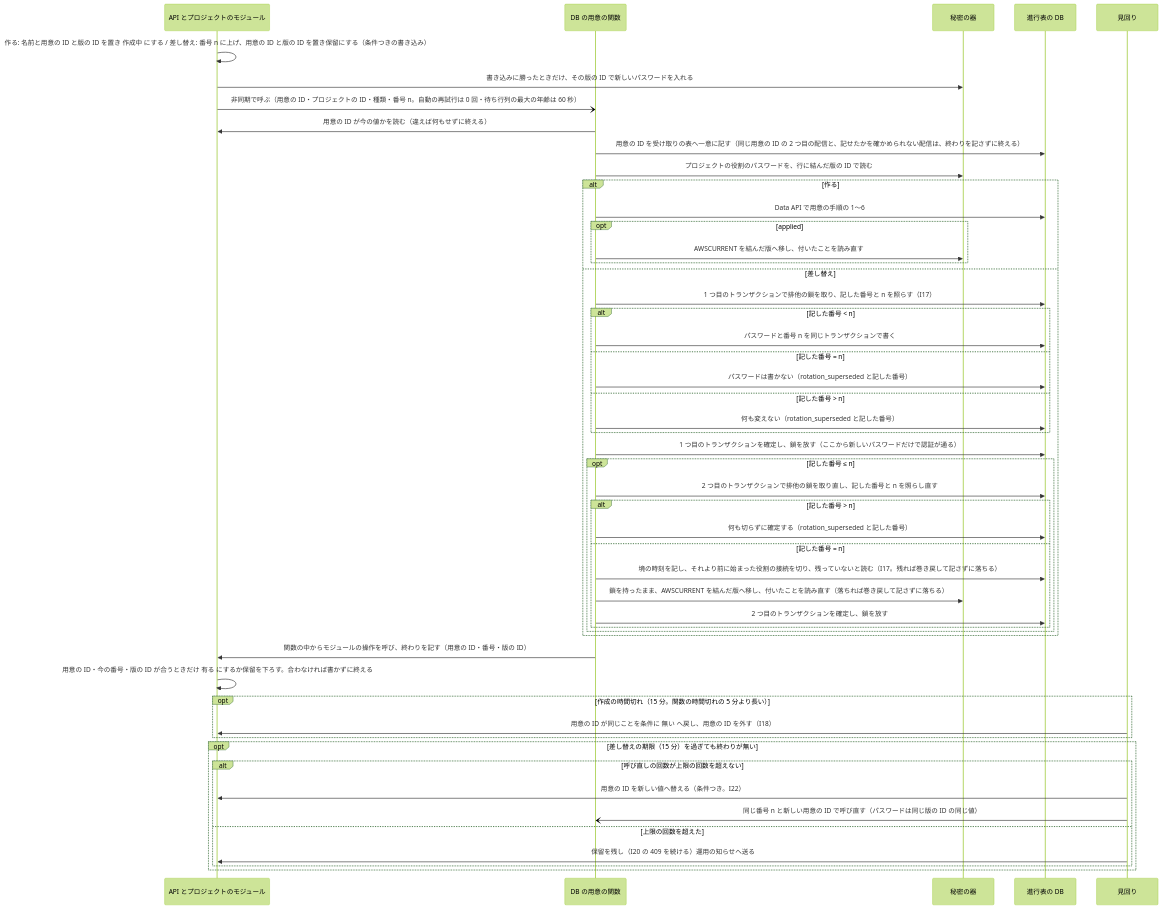
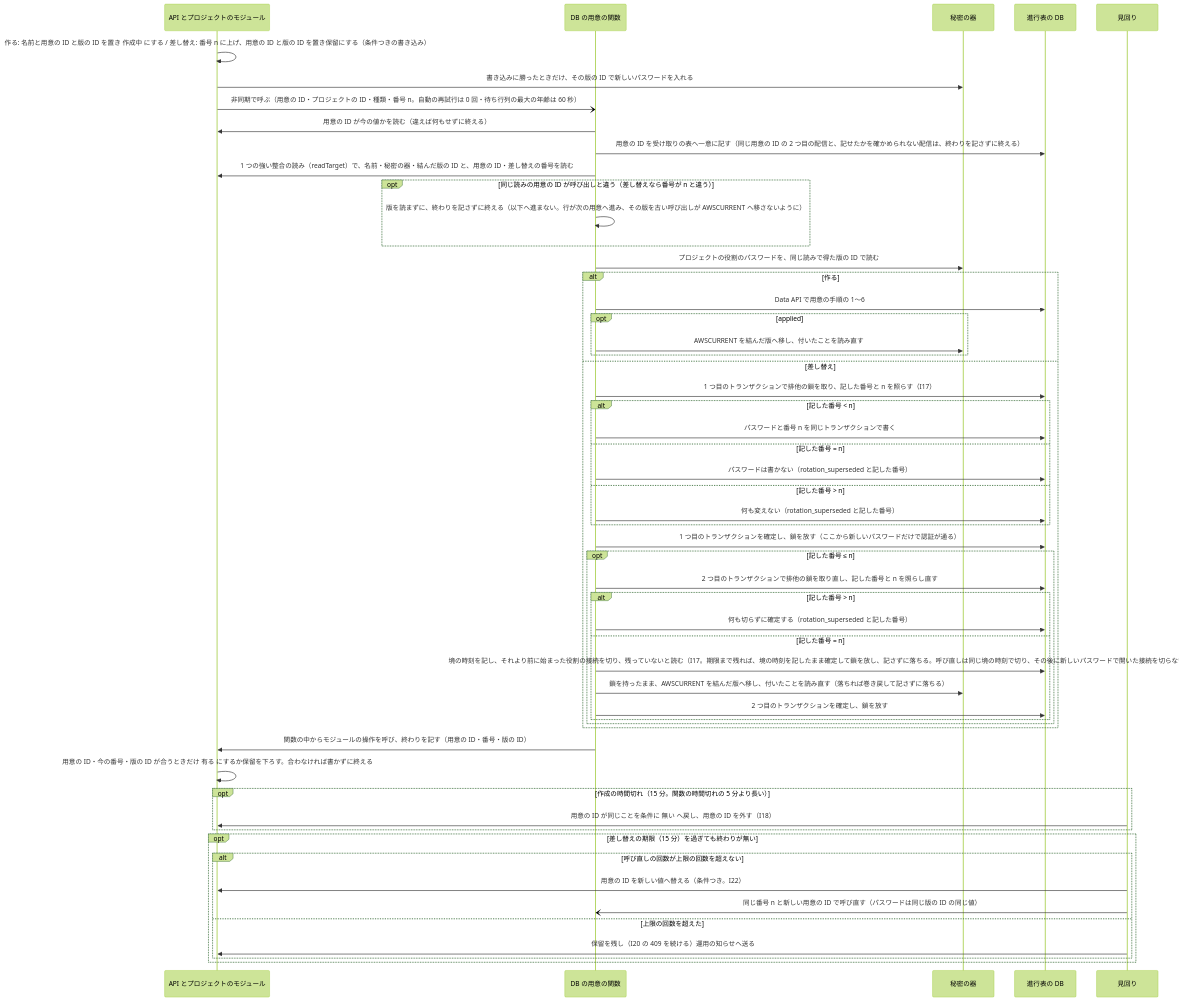
Before and after one commit to devbasex/nd-factory: the second of 2 diagrams in docs/design/data.md, drawn with Mermaid (forest theme). The commit also changed 1 other file, not shown here.

Commit message:
Docs: #13 両図に readTarget の照合と、古い接続が残るときに境の時刻を確定する手順を入れる（r3-4・r3-5）（#13）
処理の流れの図と用意と差し替えの順の図で、受け取りの後に readTarget の同じ読みで得た用意の ID と
差し替えの番号を照らし、違えば版を読まずに終える分岐を足す。古い接続が期限まで残る分岐は、
実装のとおり境の時刻を記したまま確定して終わりを記さずに落ち、版の移しに失敗したときだけ巻き戻す。

````diff
--- a/docs/design/data.md
+++ b/docs/design/data.md
@@ -278,53 +278,57 @@
 ```mermaid
 sequenceDiagram
     participant API as API とプロジェクトのモジュール
     participant FN as DB の用意の関数
     participant SM as 秘密の器
     participant DB as 進行表の DB
     participant PT as 見回り
     API->>API: 作る: 名前と用意の ID と版の ID を置き 作成中 にする / 差し替え: 番号 n に上げ、用意の ID と版の ID を置き保留にする（条件つきの書き込み）
     API->>SM: 書き込みに勝ったときだけ、その版の ID で新しいパスワードを入れる
     API-)FN: 非同期で呼ぶ（用意の ID・プロジェクトの ID・種類・番号 n。自動の再試行は 0 回・待ち行列の最大の年齢は 60 秒）
     FN->>API: 用意の ID が今の値かを読む（違えば何もせずに終える）
     FN->>DB: 用意の ID を受け取りの表へ一意に記す（同じ用意の ID の 2 つ目の配信と、記せたかを確かめられない配信は、終わりを記さずに終える）
-    FN->>SM: プロジェクトの役割のパスワードを、行に結んだ版の ID で読む
+    FN->>API: 1 つの強い整合の読み（readTarget）で、名前・秘密の器・結んだ版の ID と、用意の ID・差し替えの番号を読む
+    opt 同じ読みの用意の ID が呼び出しと違う（差し替えなら番号が n と違う）
+        FN->>FN: 版を読まずに、終わりを記さずに終える（以下へ進まない。行が次の用意へ進み、その版を古い呼び出しが AWSCURRENT へ移さないように）
+    end
+    FN->>SM: プロジェクトの役割のパスワードを、同じ読みで得た版の ID で読む
     alt 作る
         FN->>DB: Data API で用意の手順の 1〜6
         opt applied
             FN->>SM: AWSCURRENT を結んだ版へ移し、付いたことを読み直す
         end
     else 差し替え
         FN->>DB: 1 つ目のトランザクションで排他の鎖を取り、記した番号と n を照らす（I17）
         alt 記した番号 < n
             FN->>DB: パスワードと番号 n を同じトランザクションで書く
         else 記した番号 = n
             FN->>DB: パスワードは書かない（rotation_superseded と記した番号）
         else 記した番号 > n
             FN->>DB: 何も変えない（rotation_superseded と記した番号）
         end
         FN->>DB: 1 つ目のトランザクションを確定し、鎖を放す（ここから新しいパスワードだけで認証が通る）
         opt 記した番号 ≤ n
             FN->>DB: 2 つ目のトランザクションで排他の鎖を取り直し、記した番号と n を照らし直す
             alt 記した番号 > n
                 FN->>DB: 何も切らずに確定する（rotation_superseded と記した番号）
             else 記した番号 = n
-                FN->>DB: 境の時刻を記し、それより前に始まった役割の接続を切り、残っていないと読む（I17。残れば巻き戻して記さずに落ちる）
+                FN->>DB: 境の時刻を記し、それより前に始まった役割の接続を切り、残っていないと読む（I17。期限まで残れば、境の時刻を記したまま確定して鎖を放し、記さずに落ちる。呼び直しは同じ境の時刻で切り、その後に新しいパスワードで開いた接続を切らない）
                 FN->>SM: 鎖を持ったまま、AWSCURRENT を結んだ版へ移し、付いたことを読み直す（落ちれば巻き戻して記さずに落ちる）
                 FN->>DB: 2 つ目のトランザクションを確定し、鎖を放す
             end
         end
     end
     FN->>API: 関数の中からモジュールの操作を呼び、終わりを記す（用意の ID・番号・版の ID）
     API->>API: 用意の ID・今の番号・版の ID が合うときだけ 有る にするか保留を下ろす。合わなければ書かずに終える
     opt 作成の時間切れ（15 分。関数の時間切れの 5 分より長い）
         PT->>API: 用意の ID が同じことを条件に 無い へ戻し、用意の ID を外す（I18）
     end
     opt 差し替えの期限（15 分）を過ぎても終わりが無い
         alt 呼び直しの回数が上限の回数を超えない
             PT->>API: 用意の ID を新しい値へ替える（条件つき。I22）
             PT-)FN: 同じ番号 n と新しい用意の ID で呼び直す（パスワードは同じ版の ID の同じ値）
         else 上限の回数を超えた
             PT->>API: 保留を残し（I20 の 409 を続ける）運用の知らせへ送る
         end
     end
 ```
````
